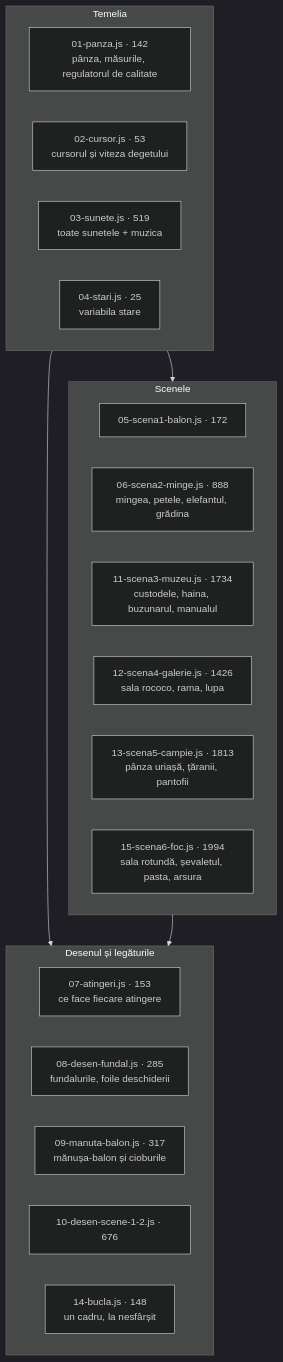
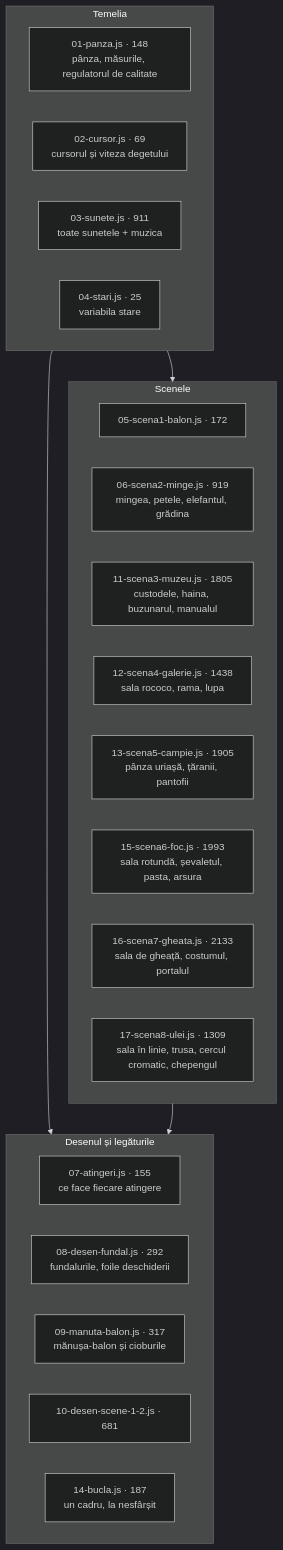
Before and after one commit to Whit3G9dNess/Viata-dintr-o-atingere: the seventh of 10 diagrams in ARCHITECTURE.md, drawn with Mermaid (dark theme). The commit also changed other lines of this file and 16 other files, not shown here.

````diff
--- a/ARCHITECTURE.md
+++ b/ARCHITECTURE.md
@@ -224,27 +370,29 @@
 ```mermaid
 flowchart TB
   subgraph T["Temelia"]
-    A1["01-panza.js · 142<br/>pânza, măsurile, regulatorul de calitate"]
-    A2["02-cursor.js · 53<br/>cursorul și viteza degetului"]
-    A3["03-sunete.js · 519<br/>toate sunetele + muzica"]
+    A1["01-panza.js · 148<br/>pânza, măsurile, regulatorul de calitate"]
+    A2["02-cursor.js · 69<br/>cursorul și viteza degetului"]
+    A3["03-sunete.js · 911<br/>toate sunetele + muzica"]
     A4["04-stari.js · 25<br/>variabila stare"]
   end
   subgraph S["Scenele"]
     B5["05-scena1-balon.js · 172"]
-    B6["06-scena2-minge.js · 888<br/>mingea, petele, elefantul, grădina"]
-    B11["11-scena3-muzeu.js · 1734<br/>custodele, haina, buzunarul, manualul"]
-    B12["12-scena4-galerie.js · 1426<br/>sala rococo, rama, lupa"]
-    B13["13-scena5-campie.js · 1813<br/>pânza uriașă, țăranii, pantofii"]
-    B15["15-scena6-foc.js · 1994<br/>sala rotundă, șevaletul, pasta, arsura"]
+    B6["06-scena2-minge.js · 919<br/>mingea, petele, elefantul, grădina"]
+    B11["11-scena3-muzeu.js · 1805<br/>custodele, haina, buzunarul, manualul"]
+    B12["12-scena4-galerie.js · 1438<br/>sala rococo, rama, lupa"]
+    B13["13-scena5-campie.js · 1905<br/>pânza uriașă, țăranii, pantofii"]
+    B15["15-scena6-foc.js · 1993<br/>sala rotundă, șevaletul, pasta, arsura"]
+    B16["16-scena7-gheata.js · 2133<br/>sala de gheață, costumul, portalul"]
+    B17["17-scena8-ulei.js · 1309<br/>sala în linie, trusa, cercul cromatic, chepengul"]
   end
   subgraph D["Desenul și legăturile"]
-    C7["07-atingeri.js · 153<br/>ce face fiecare atingere"]
-    C8["08-desen-fundal.js · 285<br/>fundalurile, foile deschiderii"]
+    C7["07-atingeri.js · 155<br/>ce face fiecare atingere"]
+    C8["08-desen-fundal.js · 292<br/>fundalurile, foile deschiderii"]
     C9["09-manuta-balon.js · 317<br/>mănușa-balon și cioburile"]
-    C10["10-desen-scene-1-2.js · 676"]
-    C14["14-bucla.js · 148<br/>un cadru, la nesfârșit"]
+    C10["10-desen-scene-1-2.js · 681"]
+    C14["14-bucla.js · 187<br/>un cadru, la nesfârșit"]
   end
   T --> S
   T --> D
   S --> D
 ```
````
